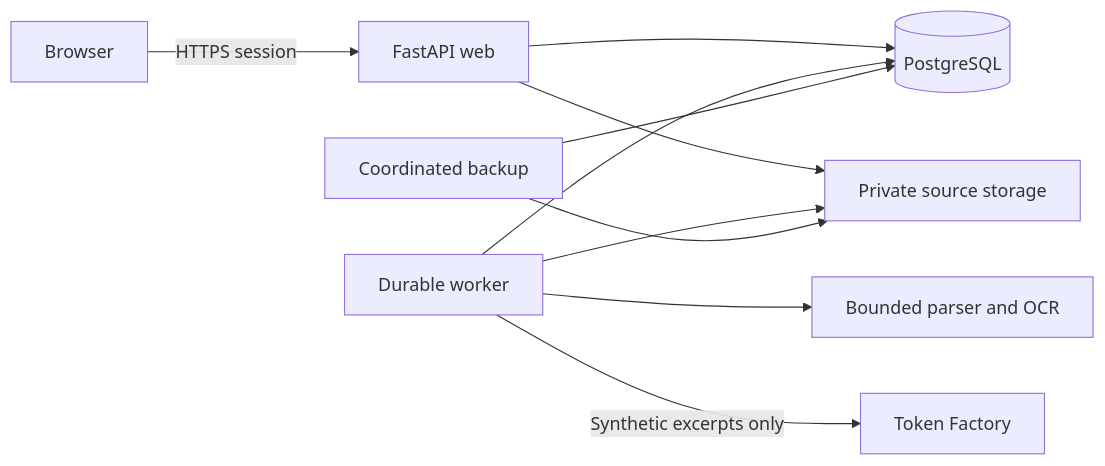
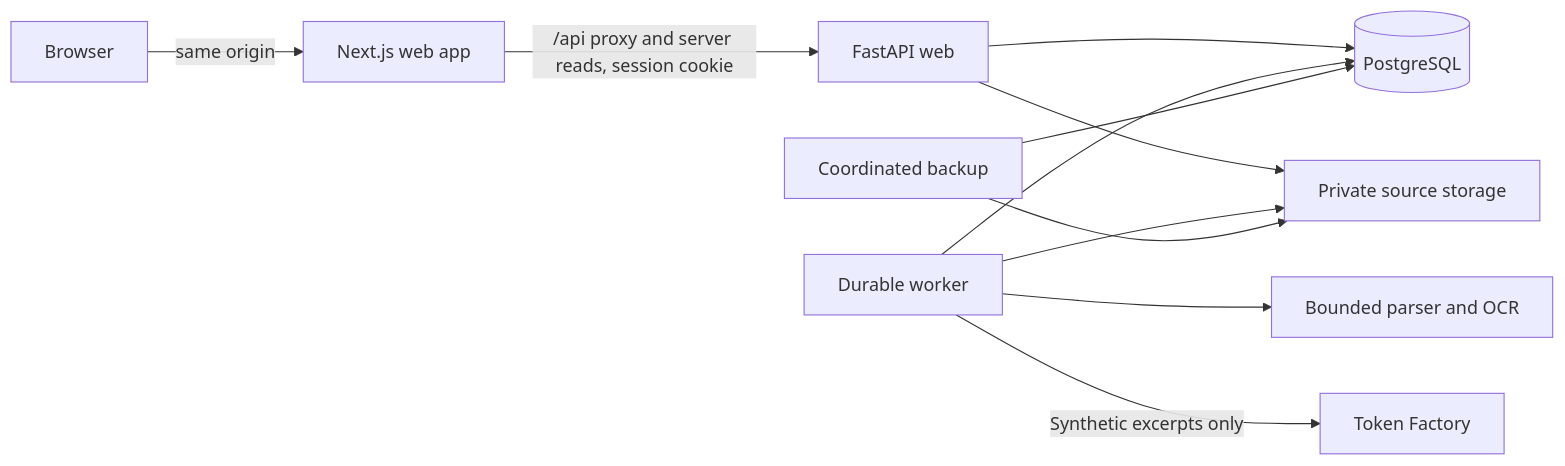
One commit to Axon-Enjin/nvidia-best-apps-and-agents changed the first of 2 diagrams in docs/sdd-sentinel-node.md. Above: the diagram before and after it, drawn with Mermaid. The commit also changed other lines of this file and 12 other files, not shown here.

Commit message:
docs: record the frontend design, architecture and verification

````diff
--- a/docs/sdd-sentinel-node.md
+++ b/docs/sdd-sentinel-node.md
@@ -23,12 +23,13 @@
 ```mermaid
 flowchart LR
-  Browser -->|HTTPS session| Web[FastAPI web]
+  Browser -->|same origin| App[Next.js web app]
+  App -->|/api proxy and server reads, session cookie| Web[FastAPI web]
   Web --> DB[(PostgreSQL)]
   Web --> Storage[Private source storage]
   Worker[Durable worker] --> DB
   Worker --> Storage
   Worker --> Extract[Bounded parser and OCR]
   Worker -->|Synthetic excerpts only| Model[Token Factory]
   Backup[Coordinated backup] --> DB
   Backup --> Storage
 ```
````
